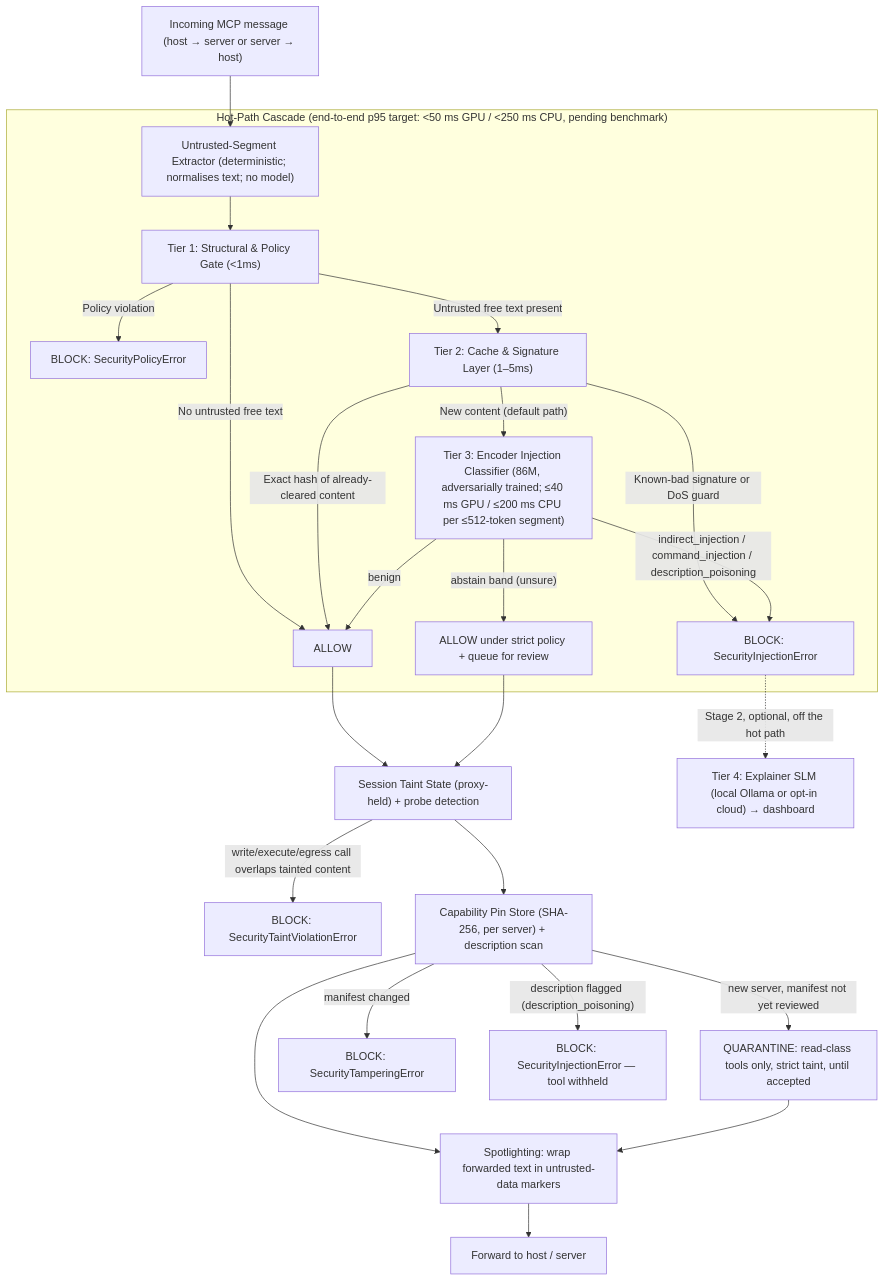
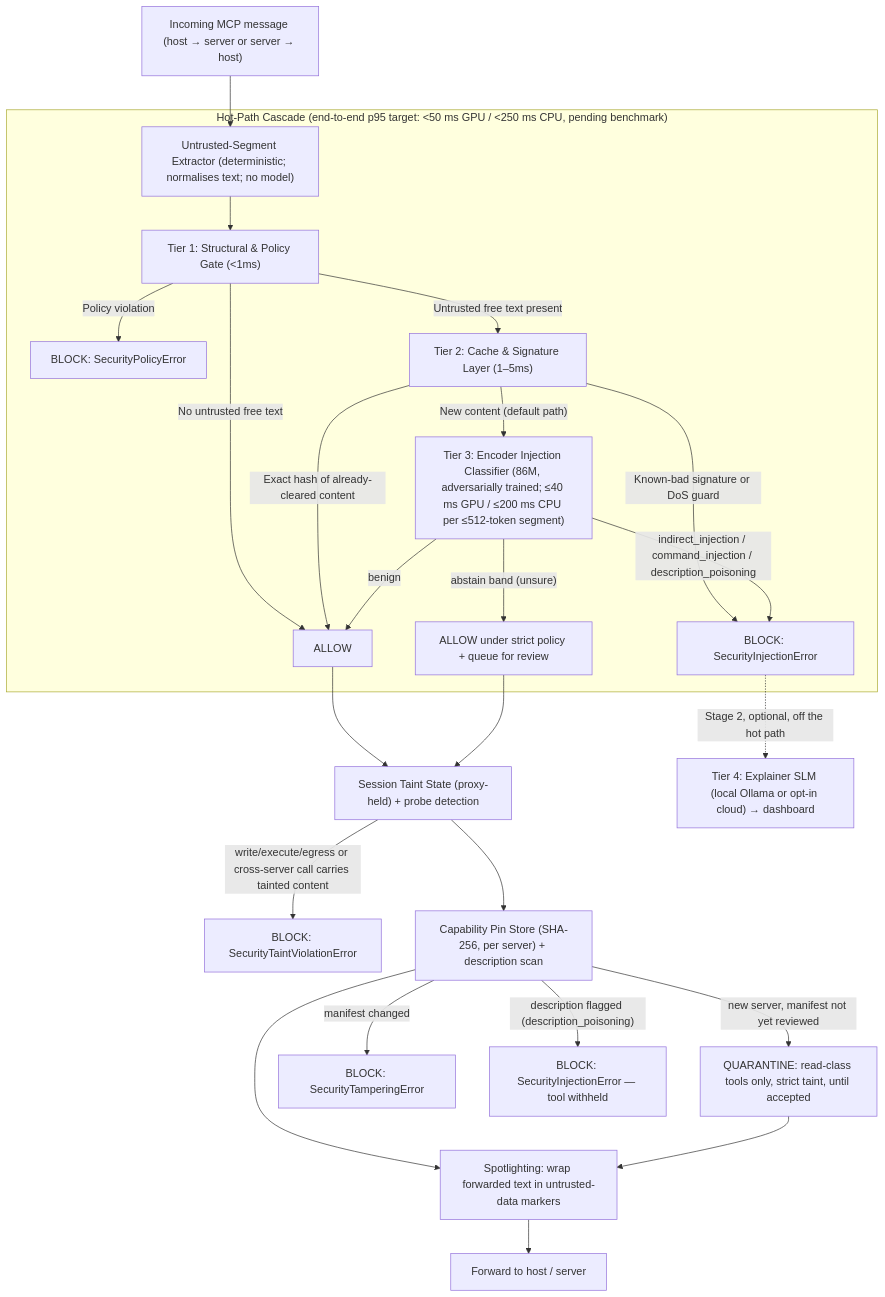
Before and after one commit to rishikeshvarma/MCP-Shield: the second of 2 diagrams in 02 - System Architecture & Technical Implementation.md, drawn with Mermaid. The commit also changed other lines of this file and 18 other files, not shown here.

````diff
--- a/02 - System Architecture & Technical Implementation.md
+++ b/02 - System Architecture & Technical Implementation.md
@@ -111,29 +128,29 @@
 ```mermaid
 graph TD
     In["Incoming MCP message (host → server or server → host)"] --> Ext["Untrusted-Segment Extractor (deterministic; normalises text; no model)"]
 
     subgraph Cascade["Hot-Path Cascade (end-to-end p95 target: <50 ms GPU / <250 ms CPU, pending benchmark)"]
         Ext --> T1["Tier 1: Structural & Policy Gate (<1ms)"]
         T1 -->|"Policy violation"| Deny1["BLOCK: SecurityPolicyError"]
         T1 -->|"No untrusted free text"| Pass
         T1 -->|"Untrusted free text present"| T2["Tier 2: Cache & Signature Layer (1–5ms)"]
         T2 -->|"Exact hash of already-cleared content"| Pass["ALLOW"]
         T2 -->|"Known-bad signature or DoS guard"| Deny2["BLOCK: SecurityInjectionError"]
         T2 -->|"New content (default path)"| T3["Tier 3: Encoder Injection Classifier (86M, adversarially trained; ≤40 ms GPU / ≤200 ms CPU per ≤512-token segment)"]
         T3 -->|"benign"| Pass
         T3 -->|"abstain band (unsure)"| Abst["ALLOW under strict policy + queue for review"]
         T3 -->|"indirect_injection / command_injection / description_poisoning"| Deny2
     end
 
     Pass --> Taint["Session Taint State (proxy-held) + probe detection"]
     Abst --> Taint
-    Taint -->|"write/execute/egress call overlaps tainted content"| Deny3["BLOCK: SecurityTaintViolationError"]
+    Taint -->|"write/execute/egress or cross-server call carries tainted content"| Deny3["BLOCK: SecurityTaintViolationError"]
     Taint --> Pin["Capability Pin Store (SHA-256, per server) + description scan"]
     Pin -->|"new server, manifest not yet reviewed"| Quar["QUARANTINE: read-class tools only, strict taint, until accepted"]
     Pin -->|"manifest changed"| Deny4["BLOCK: SecurityTamperingError"]
     Pin -->|"description flagged (description_poisoning)"| Deny5["BLOCK: SecurityInjectionError — tool withheld"]
     Pin --> Spot["Spotlighting: wrap forwarded text in untrusted-data markers"]
     Quar --> Spot
     Spot --> Out["Forward to host / server"]
     Deny2 -.->|"Stage 2, optional, off the hot path"| T4["Tier 4: Explainer SLM (local Ollama or opt-in cloud) → dashboard"]
 ```
````
